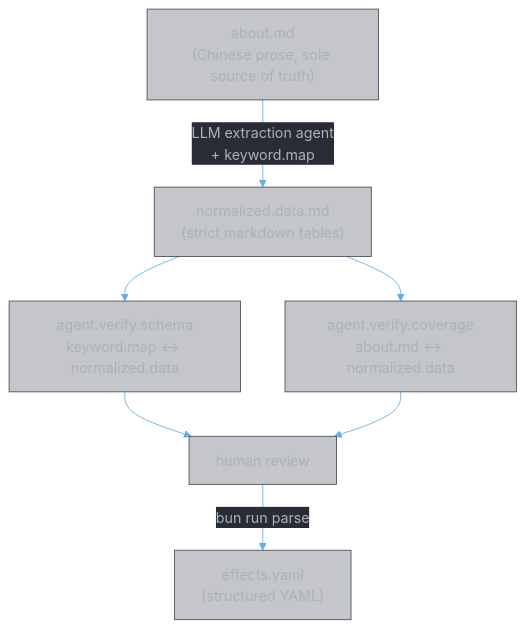
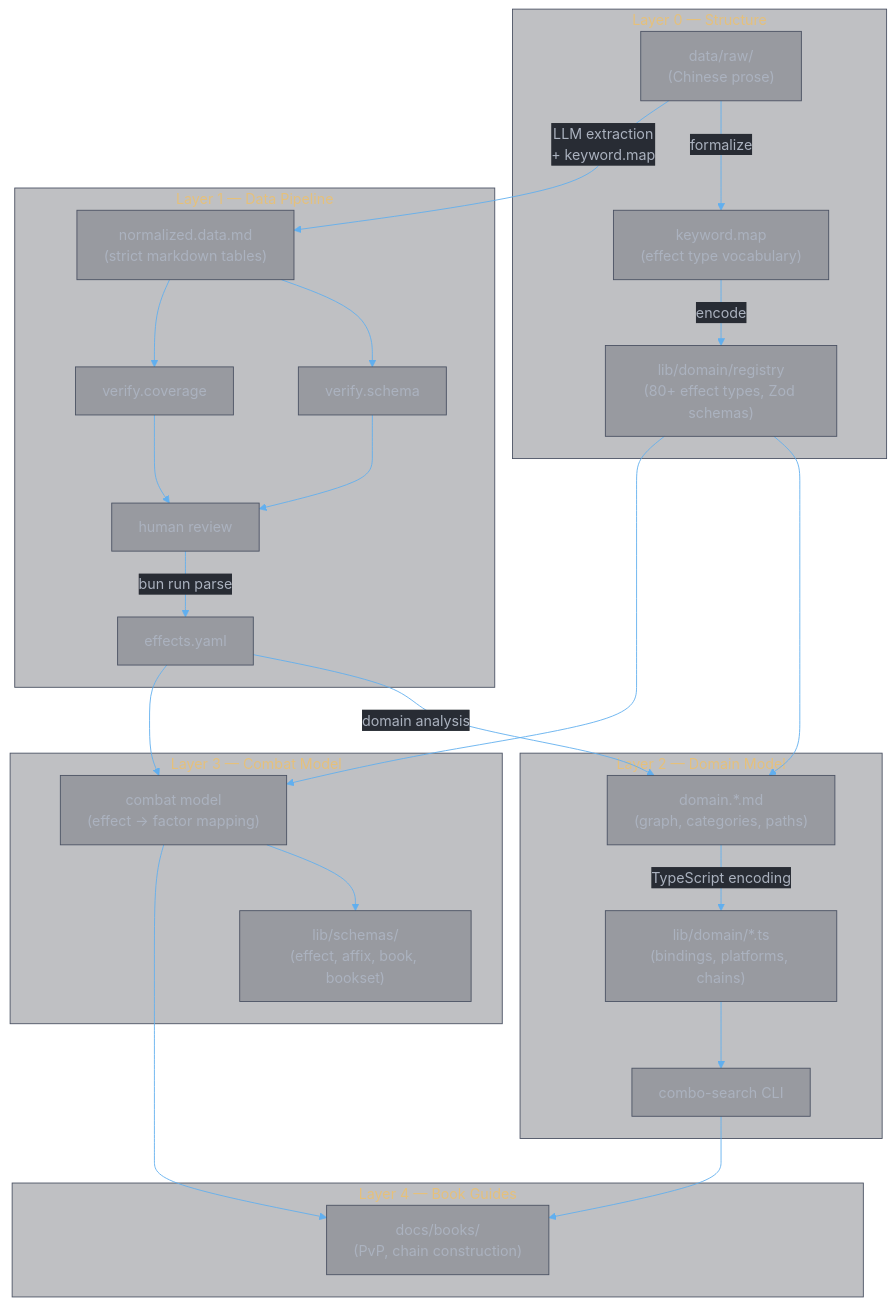
One commit to zhifengzhang-sz/divine-book changed the diagram in README.md. Above: the diagram before and after it, drawn with Mermaid. The commit also changed other lines of this file and 37 other files, not shown here.

First line of the commit message:
Update docs: domain model, combat model, README, and raw source data

````diff
--- a/README.md
+++ b/README.md
@@ -89,11 +108,36 @@
 ```mermaid
 %%{init: {'theme': 'base', 'themeVariables': {'primaryColor': '#3e44514D', 'primaryTextColor': '#abb2bf', 'primaryBorderColor': '#4b5263', 'lineColor': '#61afef', 'secondaryColor': '#2c313a4D', 'secondaryTextColor': '#abb2bf', 'secondaryBorderColor': '#4b5263', 'tertiaryColor': '#282c344D', 'mainBkg': '#3e44514D', 'nodeBorder': '#4b5263', 'clusterBkg': '#2c313a4D', 'clusterBorder': '#4b5263', 'titleColor': '#e5c07b', 'edgeLabelBackground': '#282c34', 'textColor': '#abb2bf', 'background': '#282c34'}}}%%
 flowchart TD
-    A["about.md\n(Chinese prose, sole source of truth)"]
-    A -->|"LLM extraction agent\n+ keyword.map"| B["normalized.data.md\n(strict markdown tables)"]
-    B --> V1["agent.verify.schema\nkeyword.map ↔ normalized.data"]
-    B --> V2["agent.verify.coverage\nabout.md ↔ normalized.data"]
-    V1 --> R["human review"]
-    V2 --> R
-    R -->|"bun run parse"| C["effects.yaml\n(structured YAML)"]
+    subgraph "Layer 0 — Structure"
+        RAW["data/raw/<br/>(Chinese prose)"]
+        RAW -->|"formalize"| KM["keyword.map<br/>(effect type vocabulary)"]
+        KM -->|"encode"| REG["lib/domain/registry<br/>(80+ effect types, Zod schemas)"]
+    end
+
+    subgraph "Layer 1 — Data Pipeline"
+        RAW -->|"LLM extraction<br/>+ keyword.map"| ND["normalized.data.md<br/>(strict markdown tables)"]
+        ND --> V1["verify.schema"]
+        ND --> V2["verify.coverage"]
+        V1 --> HR["human review"]
+        V2 --> HR
+        HR -->|"bun run parse"| EY["effects.yaml"]
+    end
+
+    subgraph "Layer 2 — Domain Model"
+        EY -->|"domain analysis"| DD["domain.*.md<br/>(graph, categories, paths)"]
+        REG --> DD
+        DD -->|"TypeScript encoding"| DTS["lib/domain/*.ts<br/>(bindings, platforms, chains)"]
+        DTS --> CS["combo-search CLI"]
+    end
+
+    subgraph "Layer 3 — Combat Model"
+        REG --> CM["combat model<br/>(effect → factor mapping)"]
+        EY --> CM
+        CM --> SCH["lib/schemas/<br/>(effect, affix, book, bookset)"]
+    end
+
+    subgraph "Layer 4 — Book Guides"
+        CS --> BG["docs/books/<br/>(PvP, chain construction)"]
+        CM --> BG
+    end
 ```
````
